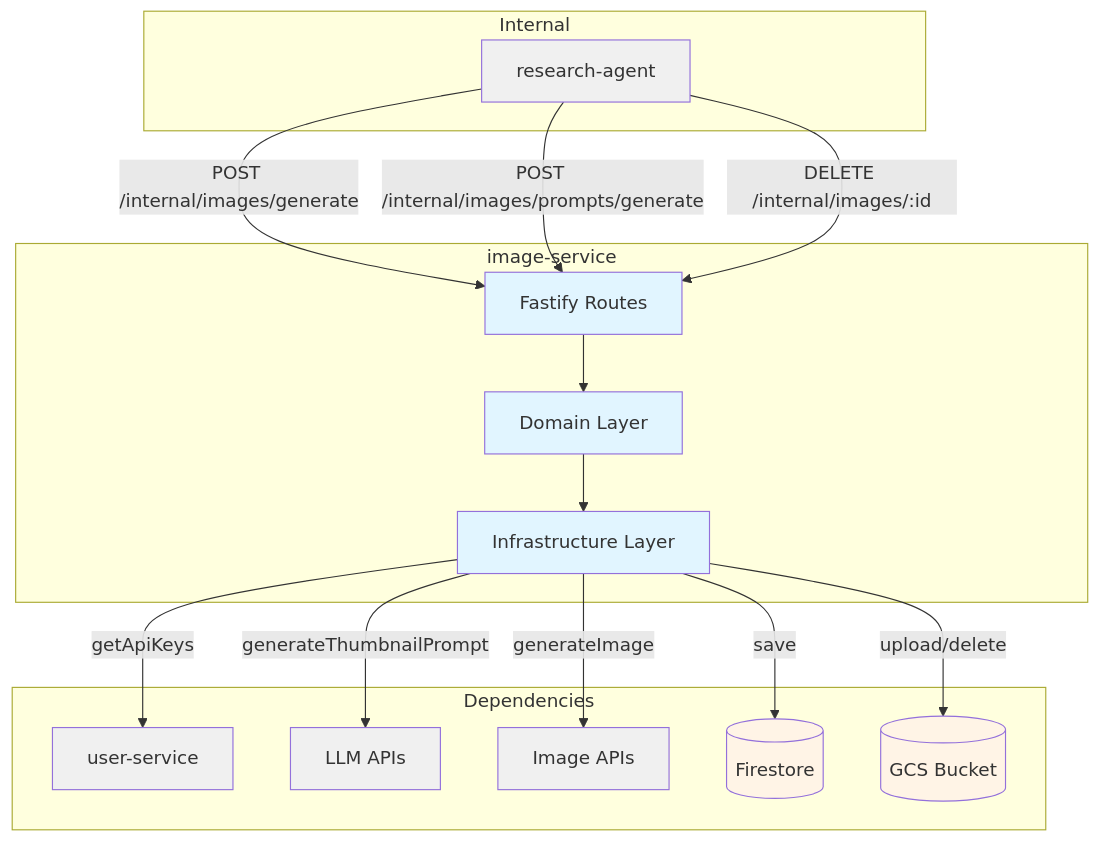
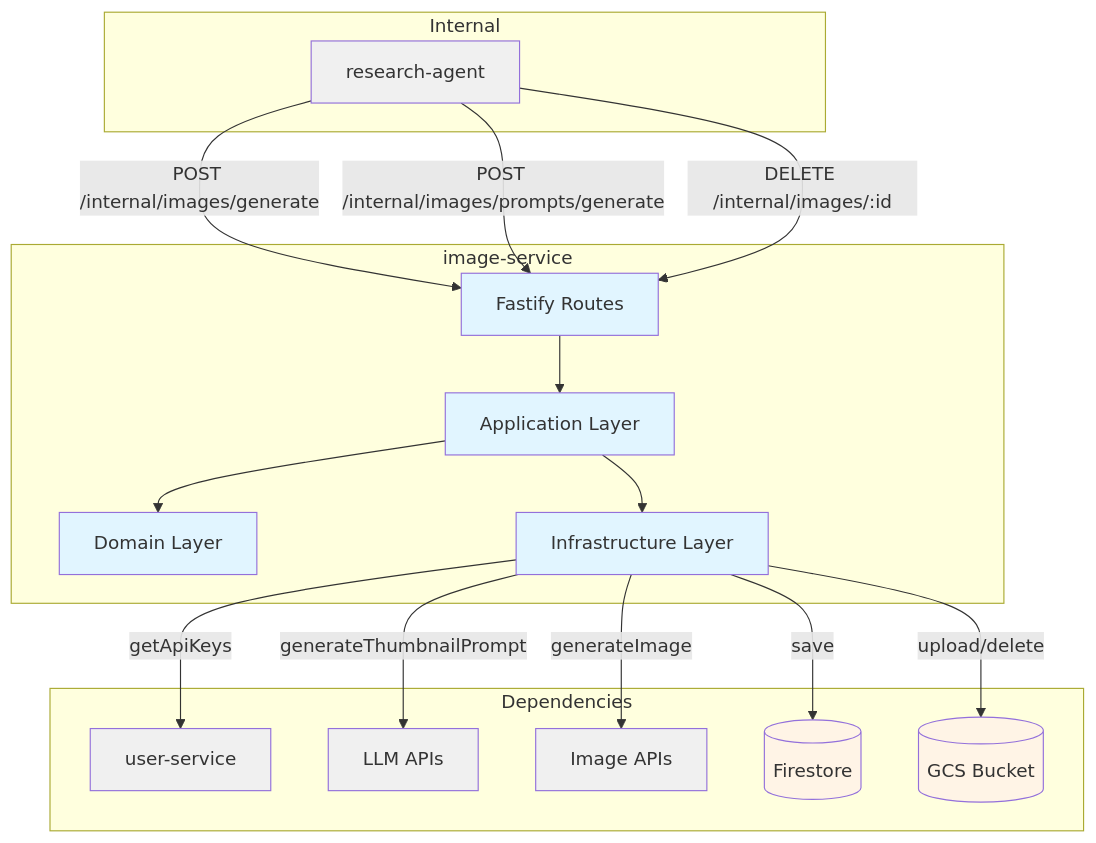
One commit to pbuchman/intexuraos changed the first of 3 diagrams in docs/services/image-service/technical.md. Above: the diagram before and after it, drawn with Mermaid. The commit also changed other lines of this file and 125 other files, not shown here.

````diff
--- a/docs/services/image-service/technical.md
+++ b/docs/services/image-service/technical.md
@@ -9,41 +9,43 @@
 ```mermaid
 graph TB
     subgraph "Internal"
         Caller[research-agent]
     end
 
     subgraph "image-service"
         API[Fastify Routes]
+        App[Application Layer]
         Domain[Domain Layer]
         Infra[Infrastructure Layer]
     end
 
     subgraph "Dependencies"
         UserSvc[user-service]
         LLM[LLM APIs]
         ImgGen[Image APIs]
         Firestore[(Firestore)]
         GCS[(GCS Bucket)]
     end
 
     Caller -->|POST /internal/images/generate| API
     Caller -->|POST /internal/images/prompts/generate| API
     Caller -->|DELETE /internal/images/:id| API
 
-    API --> Domain
-    Domain --> Infra
+    API --> App
+    App --> Domain
+    App --> Infra
 
     Infra -->|getApiKeys| UserSvc
     Infra -->|generateThumbnailPrompt| LLM
     Infra -->|generateImage| ImgGen
     Infra -->|save| Firestore
     Infra -->|upload/delete| GCS
 
     classDef service fill:#e1f5ff
     classDef storage fill:#fff4e6
     classDef external fill:#f0f0f0
 
-    class API,Domain,Infra service
+    class API,App,Domain,Infra service
     class Firestore,GCS storage
     class Caller,UserSvc,LLM,ImgGen external
 ```
````
